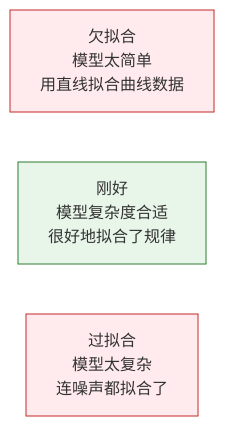
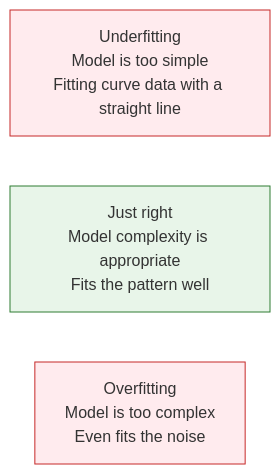
The fifth of 5 diagrams in docs/ch05-machine-learning/ch01-ml-basics/01-what-is-ml.md (oudbiao/AI-fullstack-course), drawn with Mermaid before and after one commit. The commit also changed other lines of this file and 1406 other files, not shown here.

````diff
--- a/docs/ch05-machine-learning/ch01-ml-basics/01-what-is-ml.md
+++ b/docs/ch05-machine-learning/ch01-ml-basics/01-what-is-ml.md
@@ -365,10 +365,10 @@
 ```mermaid
 flowchart LR
-    A["欠拟合<br/>模型太简单<br/>用直线拟合曲线数据"]
-    B["刚好<br/>模型复杂度合适<br/>很好地拟合了规律"]
-    C["过拟合<br/>模型太复杂<br/>连噪声都拟合了"]
+    A["Underfitting<br/>Model is too simple<br/>Fitting curve data with a straight line"]
+    B["Just right<br/>Model complexity is appropriate<br/>Fits the pattern well"]
+    C["Overfitting<br/>Model is too complex<br/>Even fits the noise"]
 
     style A fill:#ffebee,stroke:#c62828,color:#333
     style B fill:#e8f5e9,stroke:#2e7d32,color:#333
     style C fill:#ffebee,stroke:#c62828,color:#333
 ```
````
